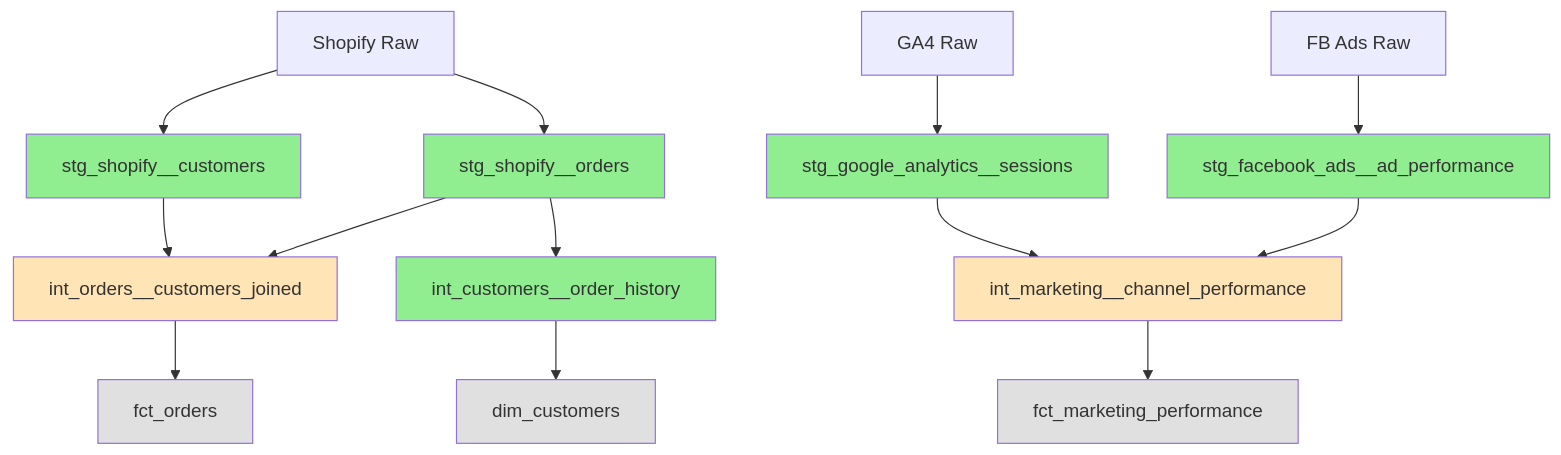
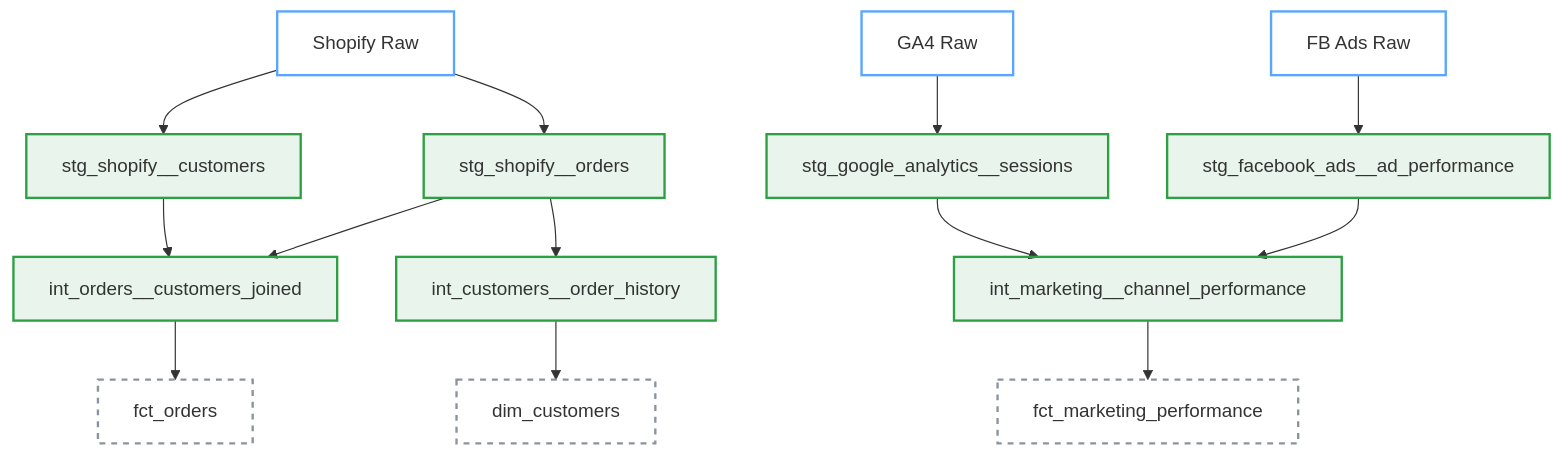
The diagram in README.md (jkschola/ecommerce-analytics-platform), drawn with Mermaid before and after one commit. The commit also changed other lines of this file, not shown here.

Commit message:
docs: finalize README updates for intermediate layer completion

````diff
--- a/README.md
+++ b/README.md
@@ -39,29 +39,26 @@
 ```mermaid
 graph TD
-    A[Shopify Raw] --> B[stg_shopify__customers]
-    A --> C[stg_shopify__orders]
-    D[GA4 Raw] --> E[stg_google_analytics__sessions]
-    F[FB Ads Raw] --> G[stg_facebook_ads__ad_performance]
+    %% Define semantic, light/dark mode friendly classes
+    classDef raw fill:transparent,stroke:#58a6ff,stroke-width:2px;
+    classDef completed fill:#2ea0431a,stroke:#2ea043,stroke-width:2px;
+    classDef planned fill:transparent,stroke:#8b949e,stroke-width:2px,stroke-dasharray: 5 5;
+
+    %% Raw Sources
+    A[Shopify Raw]:::raw --> B[stg_shopify__customers]:::completed
+    A --> C[stg_shopify__orders]:::completed
+    D[GA4 Raw]:::raw --> E[stg_google_analytics__sessions]:::completed
+    F[FB Ads Raw]:::raw --> G[stg_facebook_ads__ad_performance]:::completed
     
-    C --> H[int_customers__order_history]
-    B --> I[int_orders__customers_joined]
+    %% Intermediate
+    C --> H[int_customers__order_history]:::completed
+    B --> I[int_orders__customers_joined]:::completed
     C --> I
     
-    E --> J[int_marketing__channel_performance]
+    E --> J[int_marketing__channel_performance]:::completed
     G --> J
     
-    H --> K[dim_customers]
-    I --> L[fct_orders]
-    J --> M[fct_marketing_performance]
-    
-    style B fill:#90EE90
-    style C fill:#90EE90
-    style E fill:#90EE90
-    style G fill:#90EE90
-    style H fill:#90EE90
-    style I fill:#FFE4B5
-    style J fill:#FFE4B5
-    style K fill:#E0E0E0
-    style L fill:#E0E0E0
-    style M fill:#E0E0E0
+    %% Marts
+    H --> K[dim_customers]:::planned
+    I --> L[fct_orders]:::planned
+    J --> M[fct_marketing_performance]:::planned
 ```
````
